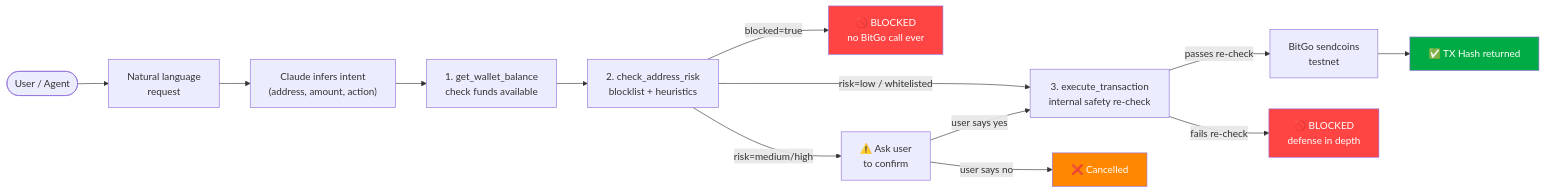
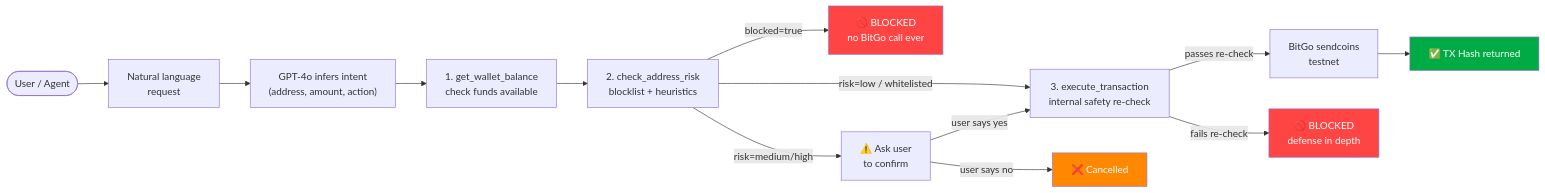
The third of 3 diagrams in README.md (vselvaraj6/teamsquare-bitgo), drawn with Mermaid before and after one commit. The commit also changed other lines of this file, not shown here.

````diff
--- a/README.md
+++ b/README.md
@@ -214,20 +222,20 @@
 ```mermaid
 flowchart LR
     U([User / Agent]) --> NL["Natural language\nrequest"]
-    NL --> LLM["Claude infers intent\n(address, amount, action)"]
+    NL --> LLM["GPT-4o infers intent\n(address, amount, action)"]
     LLM --> T1["1. get_wallet_balance\ncheck funds available"]
     T1 --> T2["2. check_address_risk\nblocklist + heuristics"]
     T2 -->|blocked=true| BLOCK["🚫 BLOCKED\nno BitGo call ever"]
     T2 -->|risk=medium/high| CONFIRM["⚠️ Ask user\nto confirm"]
     T2 -->|risk=low / whitelisted| T3
     CONFIRM -->|user says yes| T3["3. execute_transaction\ninternal safety re-check"]
     CONFIRM -->|user says no| CANCEL["❌ Cancelled"]
     T3 -->|passes re-check| BITGO["BitGo sendcoins\ntestnet"]
     T3 -->|fails re-check| BLOCK2["🚫 BLOCKED\ndefense in depth"]
     BITGO --> HASH["✅ TX Hash returned"]
 
     style BLOCK fill:#ff4444,color:#fff
     style BLOCK2 fill:#ff4444,color:#fff
     style CANCEL fill:#ff8800,color:#fff
     style HASH fill:#00aa44,color:#fff
 ```
````
